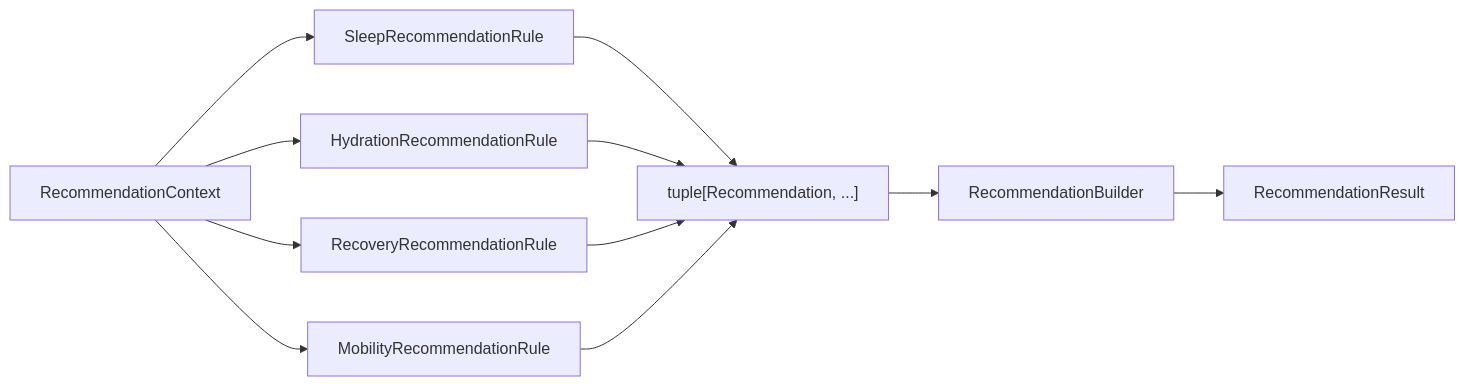
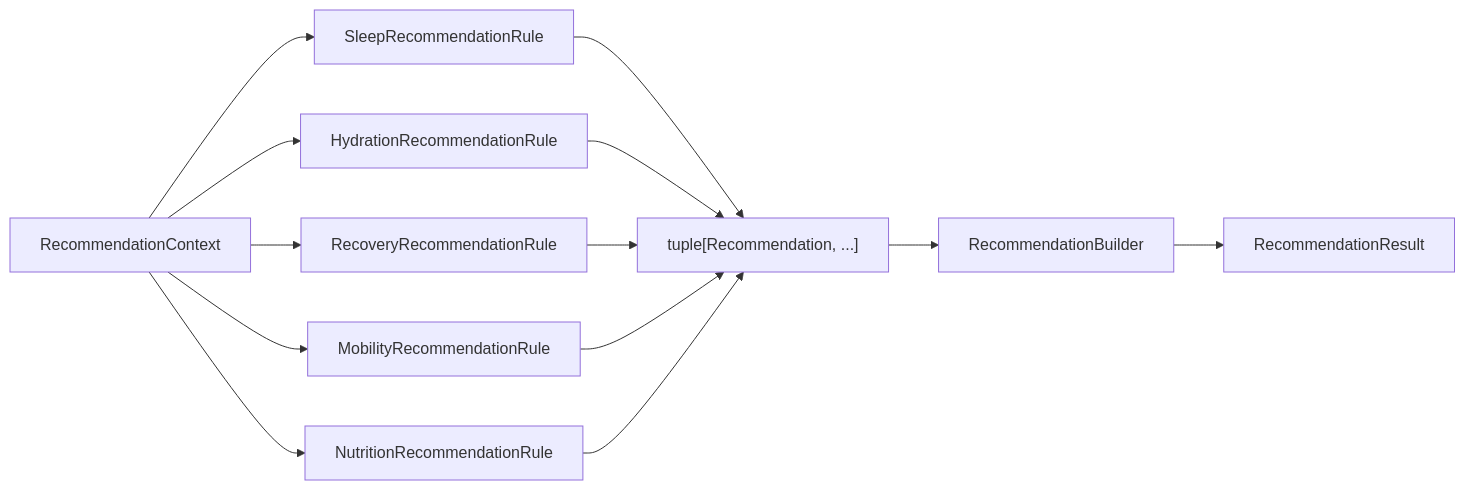
Before and after one commit to tdg4dftypb-coder/athlete-platform: the sixth of 12 diagrams in docs/engineering/02-architecture.md, drawn with Mermaid. The commit also changed other lines of this file and 11 other files, not shown here.

Commit message:
Integrate nutrition with recommendation engine

````diff
--- a/docs/engineering/02-architecture.md
+++ b/docs/engineering/02-architecture.md
@@ -427,14 +427,16 @@
 ```mermaid
 flowchart LR
     C["RecommendationContext"] --> R1["SleepRecommendationRule"]
     C --> R2["HydrationRecommendationRule"]
     C --> R3["RecoveryRecommendationRule"]
     C --> R4["MobilityRecommendationRule"]
+    C --> R5["NutritionRecommendationRule"]
 
     R1 --> CAN["tuple[Recommendation, ...]"]
     R2 --> CAN
     R3 --> CAN
     R4 --> CAN
+    R5 --> CAN
     CAN --> B["RecommendationBuilder"]
     B --> OUT["RecommendationResult"]
 ```
````
